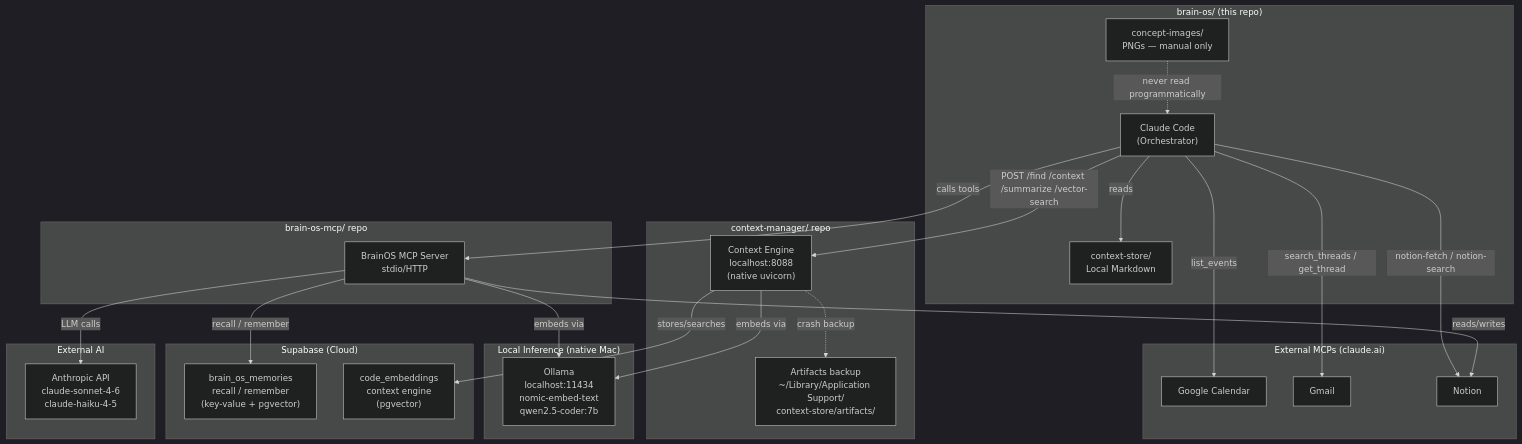
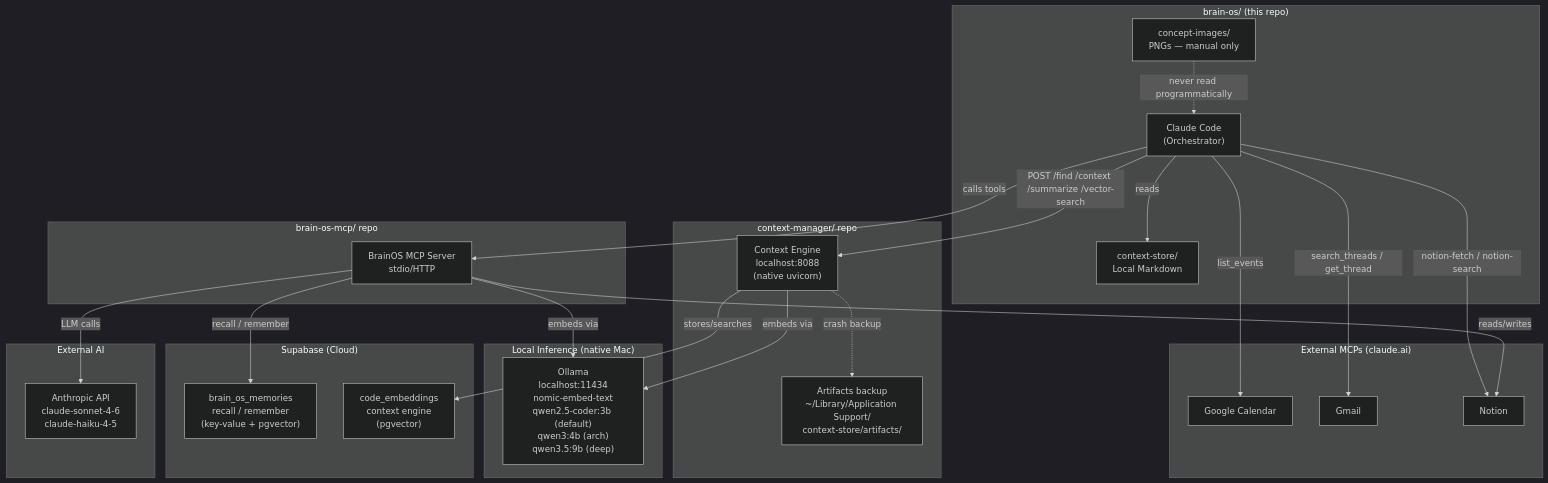
One commit to ryemyster/brain-os changed the first of 5 diagrams in .claude/ARCHITECTURE.md. Above: the diagram before and after it, drawn with Mermaid (dark theme). The commit also changed 27 other files, not shown here.

````diff
--- a/.claude/ARCHITECTURE.md
+++ b/.claude/ARCHITECTURE.md
@@ -9,54 +9,54 @@
 ```mermaid
 graph TD
     subgraph "brain-os/ (this repo)"
         CC["Claude Code\n(Orchestrator)"]
         CS["context-store/\nLocal Markdown"]
         CI["concept-images/\nPNGs — manual only"]
     end
 
     subgraph "context-manager/ repo"
         CE["Context Engine\nlocalhost:8088\n(native uvicorn)"]
         AR["Artifacts backup\n~/Library/Application Support/\ncontext-store/artifacts/"]
     end
 
     subgraph "brain-os-mcp/ repo"
         MCP["BrainOS MCP Server\nstdio/HTTP"]
     end
 
     subgraph "Local Inference (native Mac)"
-        OL["Ollama\nlocalhost:11434\nnomic-embed-text\nqwen2.5-coder:7b"]
+        OL["Ollama\nlocalhost:11434\nnomic-embed-text\nqwen2.5-coder:3b (default)\nqwen3:4b (arch)\nqwen3.5:9b (deep)"]
     end
 
     subgraph "Supabase (Cloud)"
         SB1["brain_os_memories\nrecall / remember\n(key-value + pgvector)"]
         SB2["code_embeddings\ncontext engine\n(pgvector)"]
     end
 
     subgraph "External MCPs (claude.ai)"
         GC["Google Calendar"]
         GM["Gmail"]
         NO["Notion"]
     end
 
     subgraph "External AI"
         ANT["Anthropic API\nclaude-sonnet-4-6\nclaude-haiku-4-5"]
     end
 
     CC -->|"reads"| CS
     CC -->|"POST /find /context /summarize /vector-search"| CE
     CC -->|"calls tools"| MCP
     CC -->|"list_events"| GC
     CC -->|"search_threads / get_thread"| GM
     CC -->|"notion-fetch / notion-search"| NO
 
     CE -->|"embeds via"| OL
     CE -->|"stores/searches"| SB2
     CE -.->|"crash backup"| AR
 
     MCP -->|"embeds via"| OL
     MCP -->|"recall / remember"| SB1
     MCP -->|"LLM calls"| ANT
     MCP -->|"reads/writes"| NO
 
     CI -.->|"never read programmatically"| CC
 ```
````
